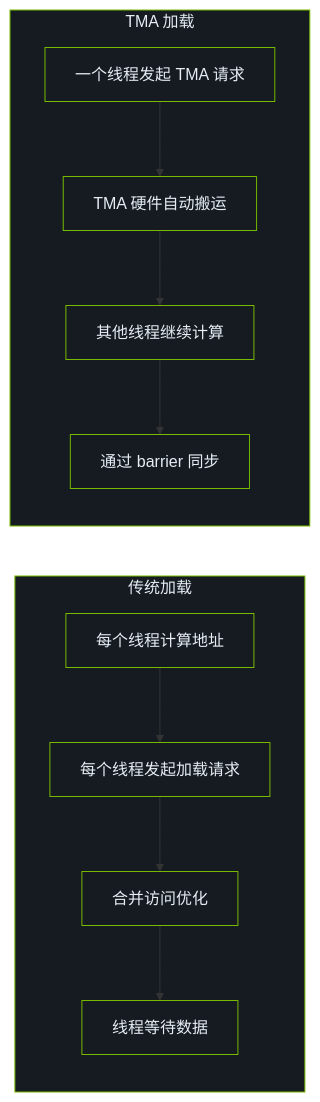
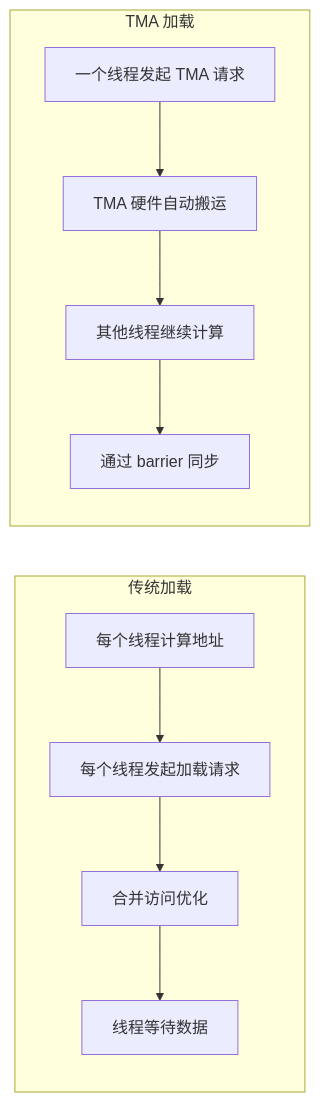
One commit to LessUp/cuda-kernel-academy changed the first of 2 diagrams in docs/zh/modules/03/cuda13-features.md. Above: the diagram before and after it, drawn with Mermaid. The commit also changed other lines of this file and 45 other files, not shown here.

````diff
--- a/docs/zh/modules/03/cuda13-features.md
+++ b/docs/zh/modules/03/cuda13-features.md
@@ -41,21 +41,11 @@
 ```mermaid
 flowchart LR
     subgraph Traditional["传统加载"]
         T1["每个线程计算地址"] --> T2["每个线程发起加载请求"] --> T3["合并访问优化"] --> T4["线程等待数据"]
     end
 
     subgraph TMA_mode["TMA 加载"]
         M1["一个线程发起 TMA 请求"] --> M2["TMA 硬件自动搬运"] --> M3["其他线程继续计算"] --> M4["通过 barrier 同步"]
     end
 
-    style Traditional fill:#161b22,stroke:#76B900,color:#e6edf3
-    style TMA_mode fill:#161b22,stroke:#76B900,color:#e6edf3
-    style T1 fill:#161b22,stroke:#76B900,color:#e6edf3
-    style T2 fill:#161b22,stroke:#76B900,color:#e6edf3
-    style T3 fill:#161b22,stroke:#76B900,color:#e6edf3
-    style T4 fill:#161b22,stroke:#76B900,color:#e6edf3
-    style M1 fill:#161b22,stroke:#76B900,color:#e6edf3
-    style M2 fill:#161b22,stroke:#76B900,color:#e6edf3
-    style M3 fill:#161b22,stroke:#76B900,color:#e6edf3
-    style M4 fill:#161b22,stroke:#76B900,color:#e6edf3
 ```
````
